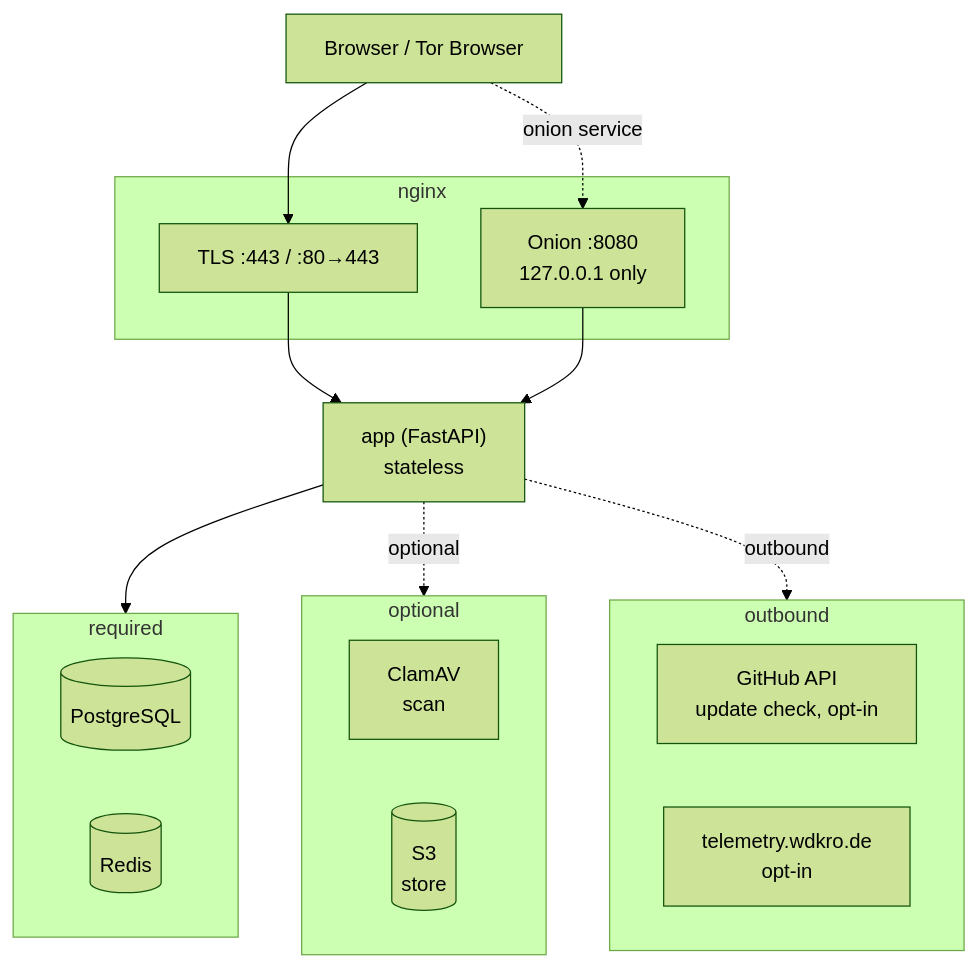
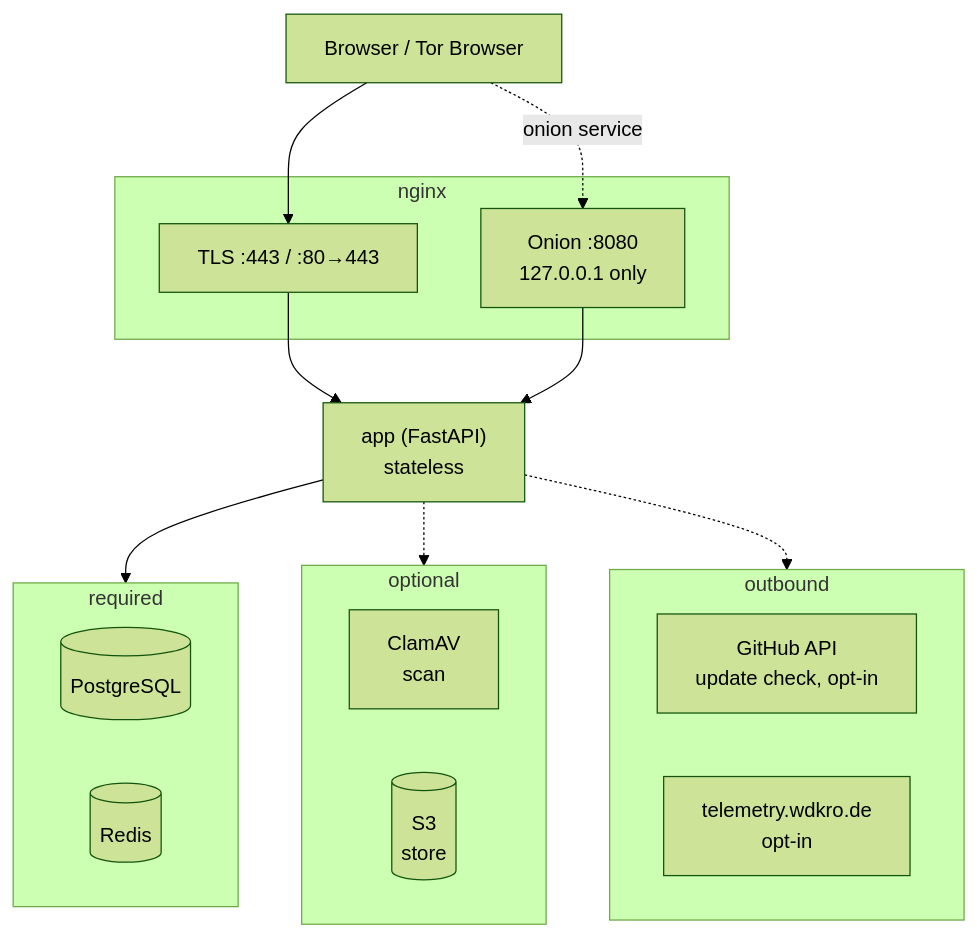
One commit to openwhistle/website changed the diagram in docs/_diagrams/architecture.mmd. Above: the diagram before and after it, drawn with Mermaid (forest theme). The commit also changed 2 other files, not shown here.

Commit message:
docs(diagrams): say optional and outbound once in the architecture
Each word stood both as the subgraph title and as the label of the dashed
edge into it; the dashed line already means optional.

Claude-Session: https://claude.ai/code/session_016mrwFRQ1MhsQH7FZCtbEcc

```diff
--- a/docs/_diagrams/architecture.mmd
+++ b/docs/_diagrams/architecture.mmd
@@ -1,32 +1,32 @@
 flowchart TD
     client["Browser / Tor Browser"]
 
     subgraph edge["nginx"]
         tls["TLS :443 / :80→443"]
         onion["Onion :8080<br/>127.0.0.1 only"]
     end
 
     app["app (FastAPI)<br/>stateless"]
 
     subgraph data["required"]
         pg[("PostgreSQL")]
         redis[("Redis")]
     end
 
     subgraph optional["optional"]
         clamav["ClamAV<br/>scan"]
         s3[("S3<br/>store")]
     end
 
     subgraph outbound["outbound"]
         github["GitHub API<br/>update check, opt-in"]
         telemetry["telemetry.wdkro.de<br/>opt-in"]
     end
 
     client --> tls
     client -. onion service .-> onion
     tls --> app
     onion --> app
     app --> data
-    app -. optional .-> optional
-    app -. outbound .-> outbound
+    app -.-> optional
+    app -.-> outbound
```
